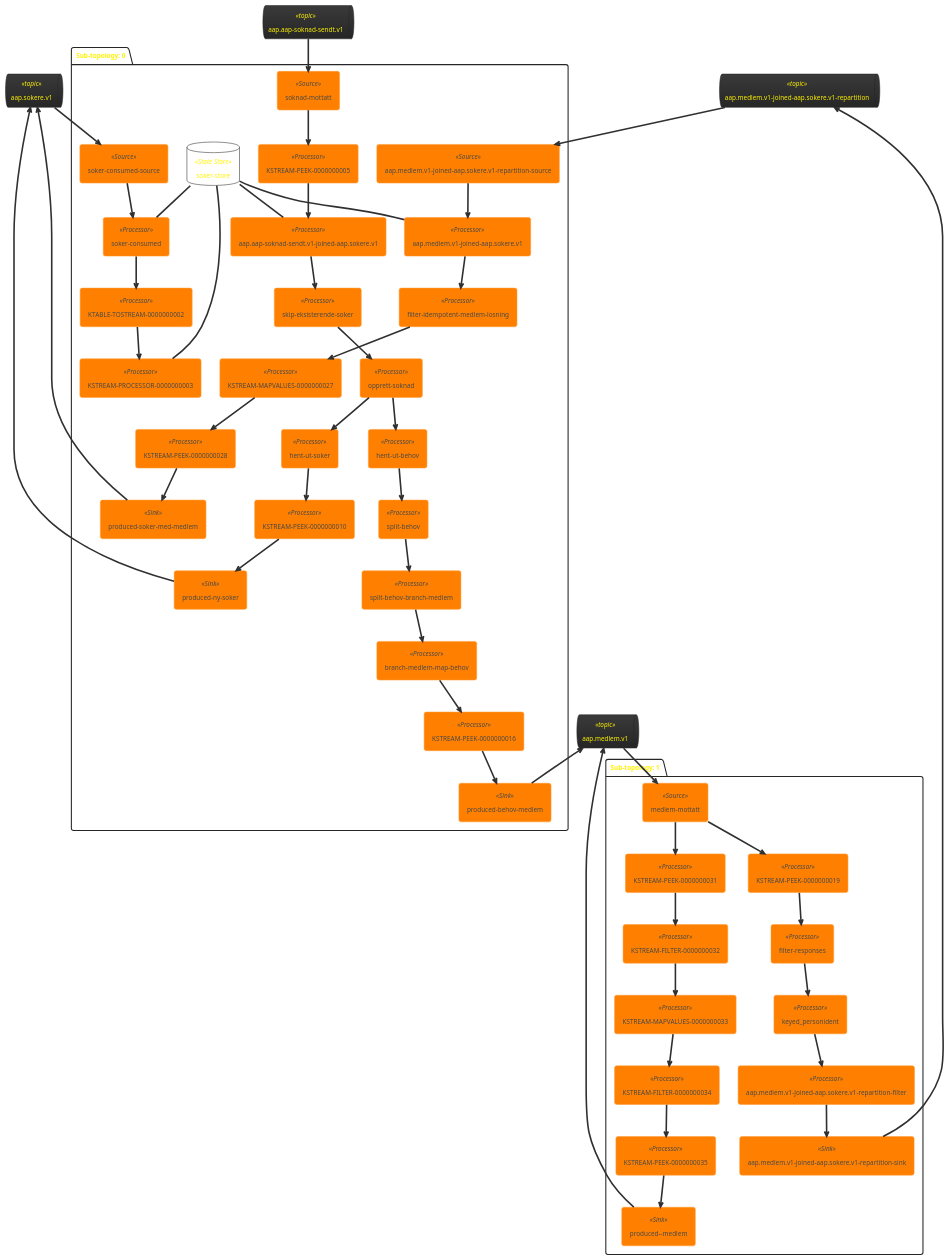
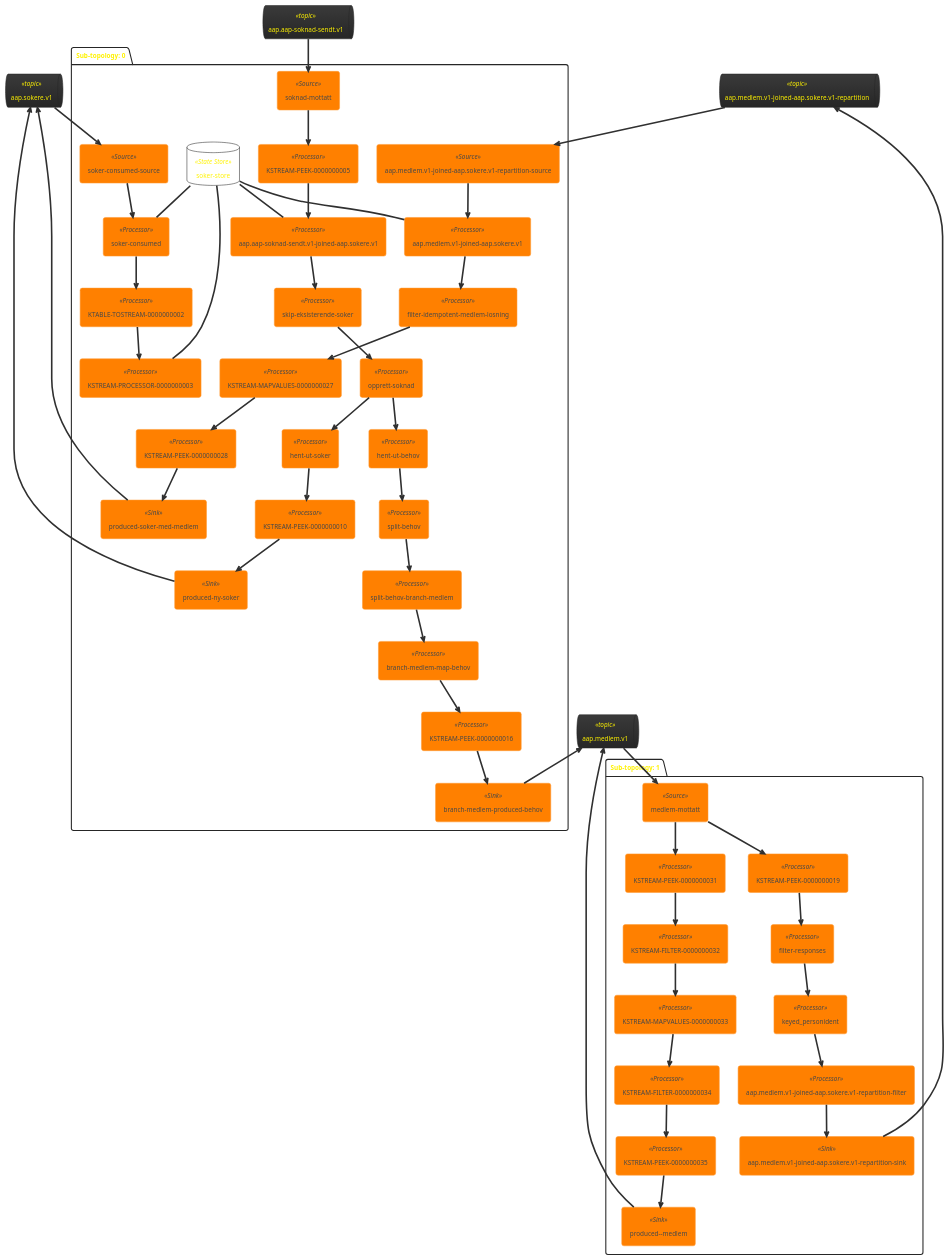
The diagram in doc/topology.puml (navikt/aap-vedtak), drawn with PlantUML before and after one commit. The commit also changed 1 other file, not shown here.

```diff
--- a/doc/topology.puml
+++ b/doc/topology.puml
@@ -1,93 +1,93 @@
 @startuml
 !theme black-knight
 queue "aap.medlem.v1" <<topic>> as aap_medlem_v1
 queue "aap.sokere.v1" <<topic>> as aap_sokere_v1
 queue "aap.aap-soknad-sendt.v1" <<topic>> as aap_aap_soknad_sendt_v1
 queue "aap.medlem.v1-joined-aap.sokere.v1-repartition" <<topic>> as aap_medlem_v1_joined_aap_sokere_v1_repartition
 package "Sub-topology: 0" {
 	database "soker-store" <<State Store>> as soker_store
 	agent "soknad-mottatt" <<Source>> as soknad_mottatt
 	agent "KSTREAM-PEEK-0000000005" <<Processor>> as KSTREAM_PEEK_0000000005
 	agent "aap.aap-soknad-sendt.v1-joined-aap.sokere.v1" <<Processor>> as aap_aap_soknad_sendt_v1_joined_aap_sokere_v1
 	agent "skip-eksisterende-soker" <<Processor>> as skip_eksisterende_soker
 	agent "opprett-soknad" <<Processor>> as opprett_soknad
 	agent "aap.medlem.v1-joined-aap.sokere.v1-repartition-source" <<Source>> as aap_medlem_v1_joined_aap_sokere_v1_repartition_source
 	agent "hent-ut-behov" <<Processor>> as hent_ut_behov
 	agent "aap.medlem.v1-joined-aap.sokere.v1" <<Processor>> as aap_medlem_v1_joined_aap_sokere_v1
 	agent "split-behov" <<Processor>> as split_behov
 	agent "filter-idempotent-medlem-losning" <<Processor>> as filter_idempotent_medlem_losning
 	agent "soker-consumed-source" <<Source>> as soker_consumed_source
 	agent "split-behov-branch-medlem" <<Processor>> as split_behov_branch_medlem
 	agent "KSTREAM-MAPVALUES-0000000027" <<Processor>> as KSTREAM_MAPVALUES_0000000027
 	agent "branch-medlem-map-behov" <<Processor>> as branch_medlem_map_behov
 	agent "hent-ut-soker" <<Processor>> as hent_ut_soker
 	agent "soker-consumed" <<Processor>> as soker_consumed
 	agent "KSTREAM-PEEK-0000000010" <<Processor>> as KSTREAM_PEEK_0000000010
 	agent "KSTREAM-PEEK-0000000016" <<Processor>> as KSTREAM_PEEK_0000000016
 	agent "KSTREAM-PEEK-0000000028" <<Processor>> as KSTREAM_PEEK_0000000028
 	agent "KTABLE-TOSTREAM-0000000002" <<Processor>> as KTABLE_TOSTREAM_0000000002
 	agent "KSTREAM-PROCESSOR-0000000003" <<Processor>> as KSTREAM_PROCESSOR_0000000003
-	agent "produced-behov-medlem" <<Sink>> as produced_behov_medlem
+	agent "branch-medlem-produced-behov" <<Sink>> as branch_medlem_produced_behov
 	agent "produced-ny-soker" <<Sink>> as produced_ny_soker
 	agent "produced-soker-med-medlem" <<Sink>> as produced_soker_med_medlem
 	aap_aap_soknad_sendt_v1 --> soknad_mottatt
 	soker_store -- aap_aap_soknad_sendt_v1_joined_aap_sokere_v1
 	aap_medlem_v1_joined_aap_sokere_v1_repartition --> aap_medlem_v1_joined_aap_sokere_v1_repartition_source
 	soker_store -- aap_medlem_v1_joined_aap_sokere_v1
 	aap_sokere_v1 --> soker_consumed_source
 	soker_store -- soker_consumed
 	soker_store -- KSTREAM_PROCESSOR_0000000003
-	aap_medlem_v1 <-- produced_behov_medlem
+	aap_medlem_v1 <-- branch_medlem_produced_behov
 	aap_sokere_v1 <-- produced_ny_soker
 	aap_sokere_v1 <-- produced_soker_med_medlem
 	soknad_mottatt --> KSTREAM_PEEK_0000000005
 	KSTREAM_PEEK_0000000005 --> aap_aap_soknad_sendt_v1_joined_aap_sokere_v1
 	aap_aap_soknad_sendt_v1_joined_aap_sokere_v1 --> skip_eksisterende_soker
 	skip_eksisterende_soker --> opprett_soknad
 	opprett_soknad --> hent_ut_behov
 	opprett_soknad --> hent_ut_soker
 	aap_medlem_v1_joined_aap_sokere_v1_repartition_source --> aap_medlem_v1_joined_aap_sokere_v1
 	hent_ut_behov --> split_behov
 	aap_medlem_v1_joined_aap_sokere_v1 --> filter_idempotent_medlem_losning
 	split_behov --> split_behov_branch_medlem
 	filter_idempotent_medlem_losning --> KSTREAM_MAPVALUES_0000000027
 	soker_consumed_source --> soker_consumed
 	split_behov_branch_medlem --> branch_medlem_map_behov
 	KSTREAM_MAPVALUES_0000000027 --> KSTREAM_PEEK_0000000028
 	branch_medlem_map_behov --> KSTREAM_PEEK_0000000016
 	hent_ut_soker --> KSTREAM_PEEK_0000000010
 	soker_consumed --> KTABLE_TOSTREAM_0000000002
 	KSTREAM_PEEK_0000000010 --> produced_ny_soker
-	KSTREAM_PEEK_0000000016 --> produced_behov_medlem
+	KSTREAM_PEEK_0000000016 --> branch_medlem_produced_behov
 	KSTREAM_PEEK_0000000028 --> produced_soker_med_medlem
 	KTABLE_TOSTREAM_0000000002 --> KSTREAM_PROCESSOR_0000000003
 }
 package "Sub-topology: 1" {
 	agent "medlem-mottatt" <<Source>> as medlem_mottatt
 	agent "KSTREAM-PEEK-0000000031" <<Processor>> as KSTREAM_PEEK_0000000031
 	agent "KSTREAM-FILTER-0000000032" <<Processor>> as KSTREAM_FILTER_0000000032
 	agent "KSTREAM-PEEK-0000000019" <<Processor>> as KSTREAM_PEEK_0000000019
 	agent "KSTREAM-MAPVALUES-0000000033" <<Processor>> as KSTREAM_MAPVALUES_0000000033
 	agent "filter-responses" <<Processor>> as filter_responses
 	agent "KSTREAM-FILTER-0000000034" <<Processor>> as KSTREAM_FILTER_0000000034
 	agent "keyed_personident" <<Processor>> as keyed_personident
 	agent "KSTREAM-PEEK-0000000035" <<Processor>> as KSTREAM_PEEK_0000000035
 	agent "aap.medlem.v1-joined-aap.sokere.v1-repartition-filter" <<Processor>> as aap_medlem_v1_joined_aap_sokere_v1_repartition_filter
 	agent "aap.medlem.v1-joined-aap.sokere.v1-repartition-sink" <<Sink>> as aap_medlem_v1_joined_aap_sokere_v1_repartition_sink
 	agent "produced--medlem" <<Sink>> as produced__medlem
 	aap_medlem_v1 --> medlem_mottatt
 	aap_medlem_v1_joined_aap_sokere_v1_repartition <-- aap_medlem_v1_joined_aap_sokere_v1_repartition_sink
 	aap_medlem_v1 <-- produced__medlem
 	medlem_mottatt --> KSTREAM_PEEK_0000000031
 	medlem_mottatt --> KSTREAM_PEEK_0000000019
 	KSTREAM_PEEK_0000000031 --> KSTREAM_FILTER_0000000032
 	KSTREAM_FILTER_0000000032 --> KSTREAM_MAPVALUES_0000000033
 	KSTREAM_PEEK_0000000019 --> filter_responses
 	KSTREAM_MAPVALUES_0000000033 --> KSTREAM_FILTER_0000000034
 	filter_responses --> keyed_personident
 	KSTREAM_FILTER_0000000034 --> KSTREAM_PEEK_0000000035
 	keyed_personident --> aap_medlem_v1_joined_aap_sokere_v1_repartition_filter
 	KSTREAM_PEEK_0000000035 --> produced__medlem
 	aap_medlem_v1_joined_aap_sokere_v1_repartition_filter --> aap_medlem_v1_joined_aap_sokere_v1_repartition_sink
 }
 @enduml
```
